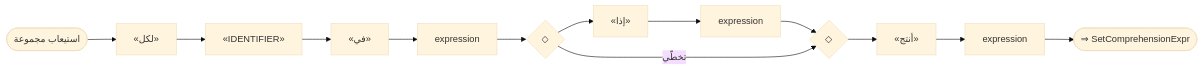
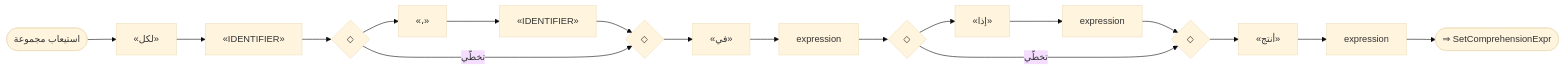
One commit to sadlang/sadlang changed diagram 27 of 55 in docs/parser_rule/_generated/60_advanced.md. Above: the diagram before and after it, drawn with Mermaid (base theme). The commit also changed other lines of this file and 21 other files, not shown here.

````diff
--- a/docs/parser_rule/_generated/60_advanced.md
+++ b/docs/parser_rule/_generated/60_advanced.md
@@ -870,27 +879,36 @@
 ```mermaid
 flowchart LR
   n1(["استيعاب مجموعة"])
   n2["«لكل»"]
   n3["«IDENTIFIER»"]
   n2 --> n3
-  n4["«في»"]
+  n4{"◇"}
+  n5{"◇"}
+  n6["«،»"]
+  n7["«IDENTIFIER»"]
+  n6 --> n7
+  n4 --> n6
+  n7 --> n5
+  n4 -- "تخطّي" --> n5
   n3 --> n4
-  n5["expression"]
-  n4 --> n5
-  n6{"◇"}
-  n7{"◇"}
-  n8["«إذا»"]
+  n8["«في»"]
+  n5 --> n8
   n9["expression"]
   n8 --> n9
-  n6 --> n8
-  n9 --> n7
-  n6 -- "تخطّي" --> n7
-  n5 --> n6
-  n10["«أنتج»"]
-  n7 --> n10
-  n11["expression"]
-  n10 --> n11
+  n10{"◇"}
+  n11{"◇"}
+  n12["«إذا»"]
+  n13["expression"]
+  n12 --> n13
+  n10 --> n12
+  n13 --> n11
+  n10 -- "تخطّي" --> n11
+  n9 --> n10
+  n14["«أنتج»"]
+  n11 --> n14
+  n15["expression"]
+  n14 --> n15
   n1 --> n2
-  n12(["⇒ SetComprehensionExpr"])
-  n11 --> n12
+  n16(["⇒ SetComprehensionExpr"])
+  n15 --> n16
 ```
````
